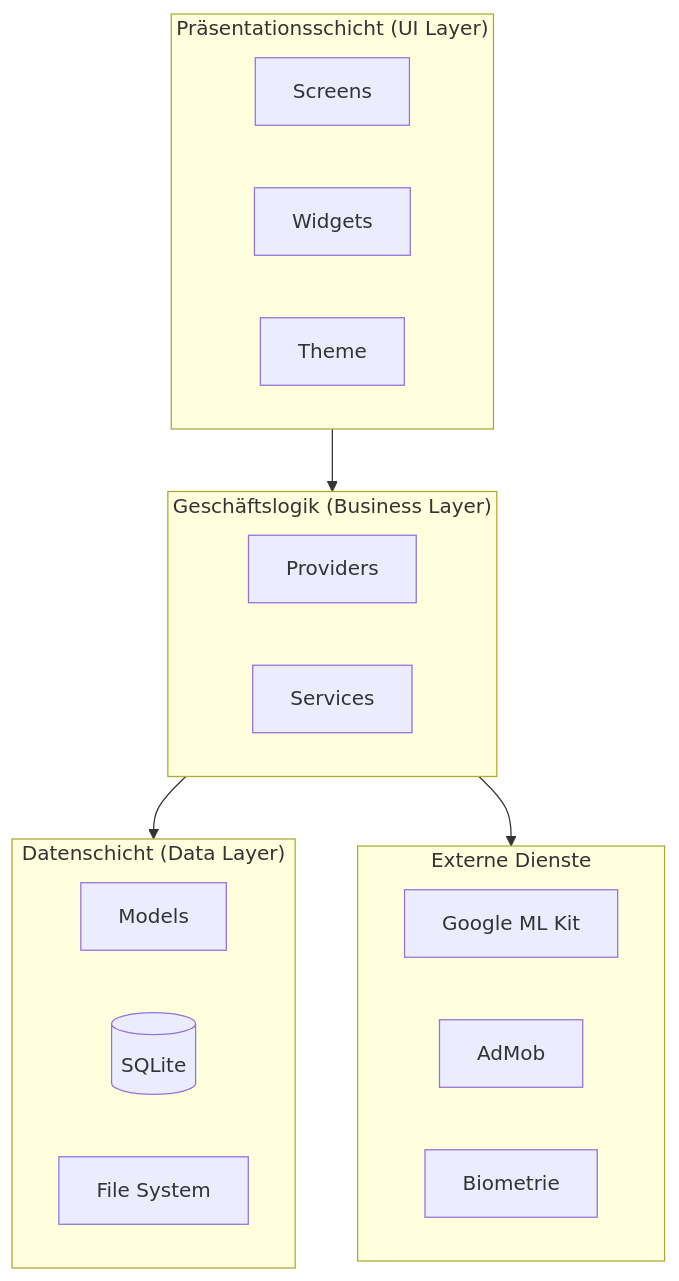
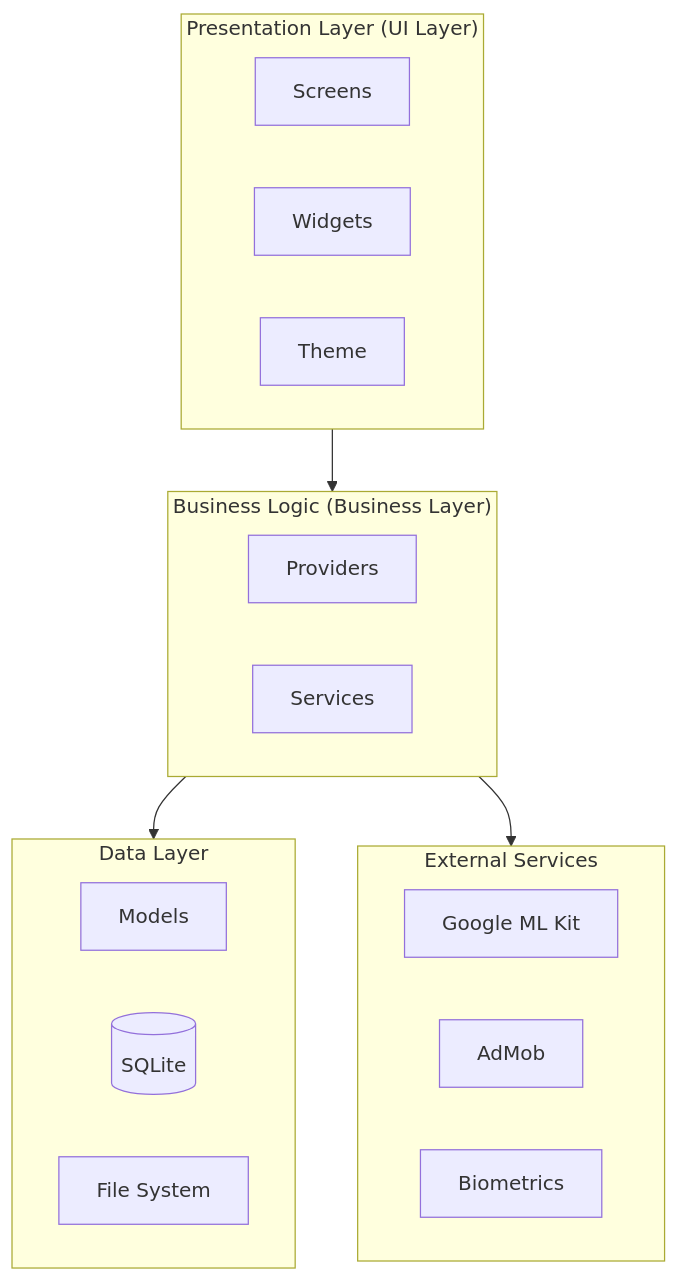
The first of 6 diagrams in ARCHITECTURE.md (Nishanth619/PDF-_Gen), drawn with Mermaid before and after one commit. The commit also changed other lines of this file and 4 other files, not shown here.

````diff
--- a/ARCHITECTURE.md
+++ b/ARCHITECTURE.md
@@ -11,33 +11,33 @@
 ```mermaid
 flowchart TB
-    subgraph UI["Präsentationsschicht (UI Layer)"]
+    subgraph UI["Presentation Layer (UI Layer)"]
         direction LR
         S[Screens]
         W[Widgets]
         T[Theme]
     end
     
-    subgraph BL["Geschäftslogik (Business Layer)"]
+    subgraph BL["Business Logic (Business Layer)"]
         direction LR
         P[Providers]
         SV[Services]
     end
     
-    subgraph DL["Datenschicht (Data Layer)"]
+    subgraph DL["Data Layer"]
         direction LR
         M[Models]
         DB[(SQLite)]
         FS[File System]
     end
     
-    subgraph EXT["Externe Dienste"]
+    subgraph EXT["External Services"]
         direction LR
         ML[Google ML Kit]
         ADS[AdMob]
-        BIO[Biometrie]
+        BIO[Biometrics]
     end
     
     UI --> BL
     BL --> DL
     BL --> EXT
 ```
````
